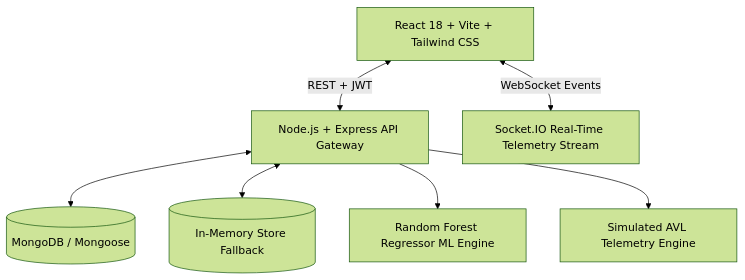
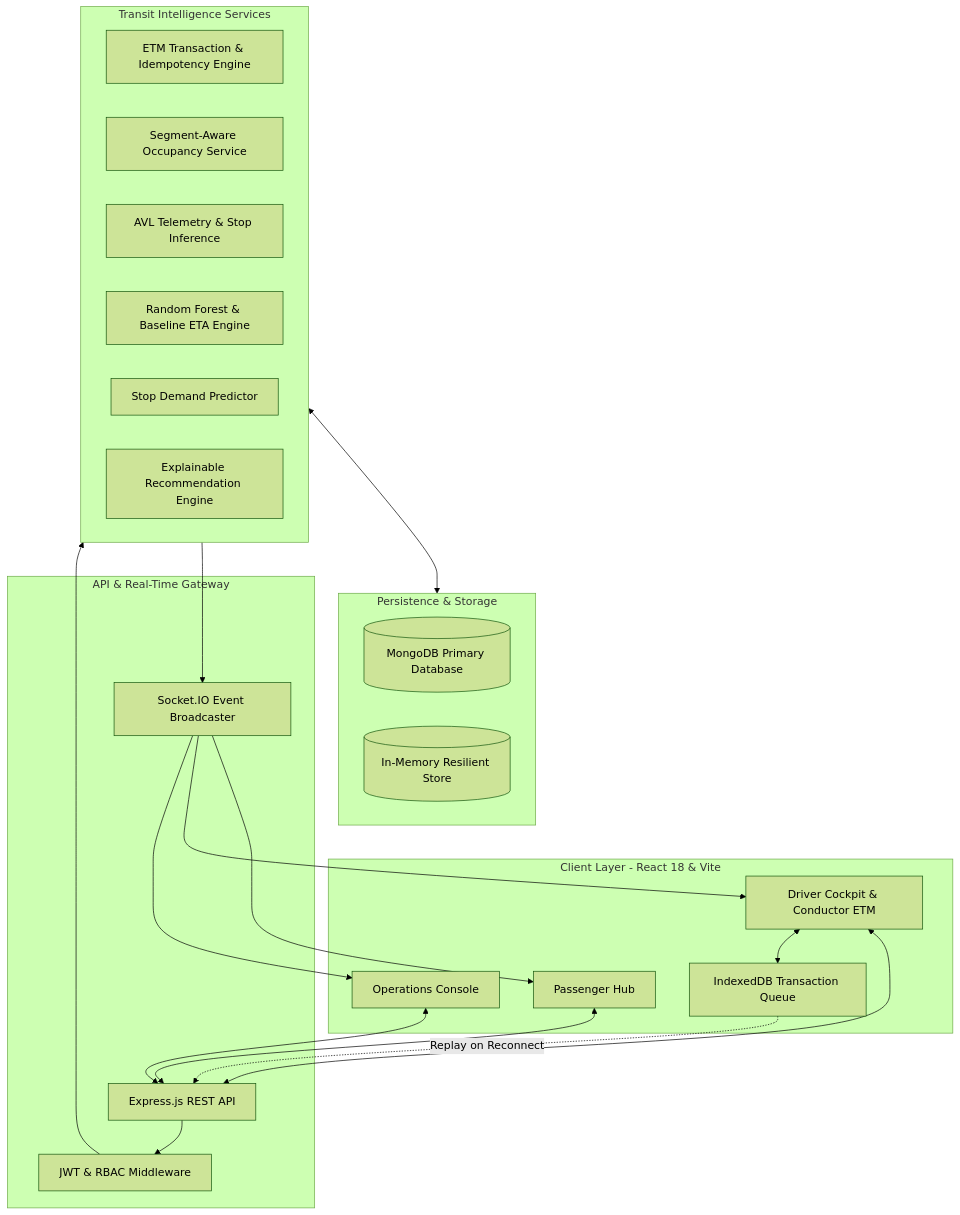
One commit to Manyashree1/TransitmeshAI changed the first of 2 diagrams in README.md. Above: the diagram before and after it, drawn with Mermaid (forest theme). The commit also changed other lines of this file, not shown here.

````diff
--- a/README.md
+++ b/README.md
@@ -31,9 +77,44 @@
 ```mermaid
-graph TD
-    Client[React 18 + Vite + Tailwind CSS] <-->|REST + JWT| API[Node.js + Express API Gateway]
-    Client <-->|WebSocket Events| WS[Socket.IO Real-Time Telemetry Stream]
-    API <--> MongoDB[(MongoDB / Mongoose)]
-    API <--> MemStore[(In-Memory Store Fallback)]
-    API --> MLEngine[Random Forest Regressor ML Engine]
-    API --> GPSEngine[Simulated AVL Telemetry Engine]
+flowchart TD
+    subgraph ClientLayer [Client Layer - React 18 & Vite]
+        PassUI[Passenger Hub]
+        DriverUI[Driver Cockpit & Conductor ETM]
+        AdminUI[Operations Console]
+        OfflineQueue[IndexedDB Transaction Queue]
+    end
+
+    subgraph Gateway [API & Real-Time Gateway]
+        Express[Express.js REST API]
+        AuthMid[JWT & RBAC Middleware]
+        SocketServer[Socket.IO Event Broadcaster]
+    end
+
+    subgraph ServiceLayer [Transit Intelligence Services]
+        ETMService[ETM Transaction & Idempotency Engine]
+        OccService[Segment-Aware Occupancy Service]
+        LocationService[AVL Telemetry & Stop Inference]
+        ETAService[Random Forest & Baseline ETA Engine]
+        DemandService[Stop Demand Predictor]
+        RecService[Explainable Recommendation Engine]
+    end
+
+    subgraph DataLayer [Persistence & Storage]
+        MongoDB[(MongoDB Primary Database)]
+        MemStore[(In-Memory Resilient Store)]
+    end
+
+    PassUI <--> Express
+    DriverUI <--> Express
+    AdminUI <--> Express
+    DriverUI <--> OfflineQueue
+    OfflineQueue -.->|Replay on Reconnect| Express
+
+    Express --> AuthMid
+    AuthMid --> ServiceLayer
+    ServiceLayer <--> DataLayer
+    ServiceLayer --> SocketServer
+
+    SocketServer --> PassUI
+    SocketServer --> DriverUI
+    SocketServer --> AdminUI
 ```
````
